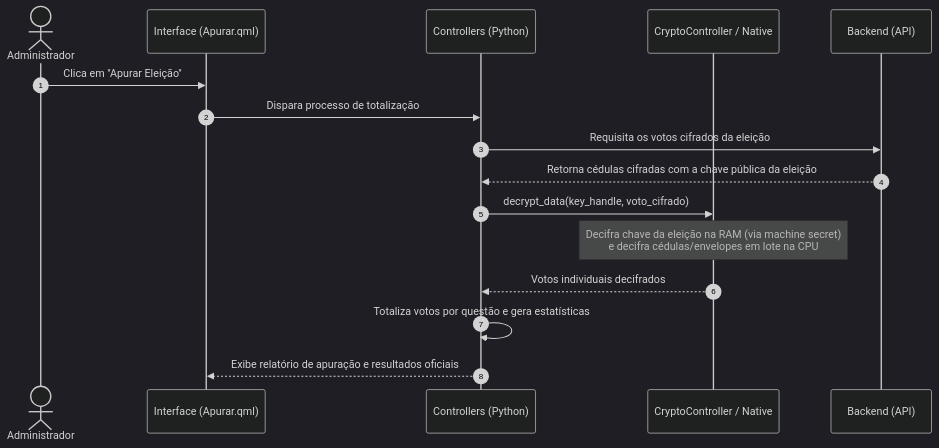
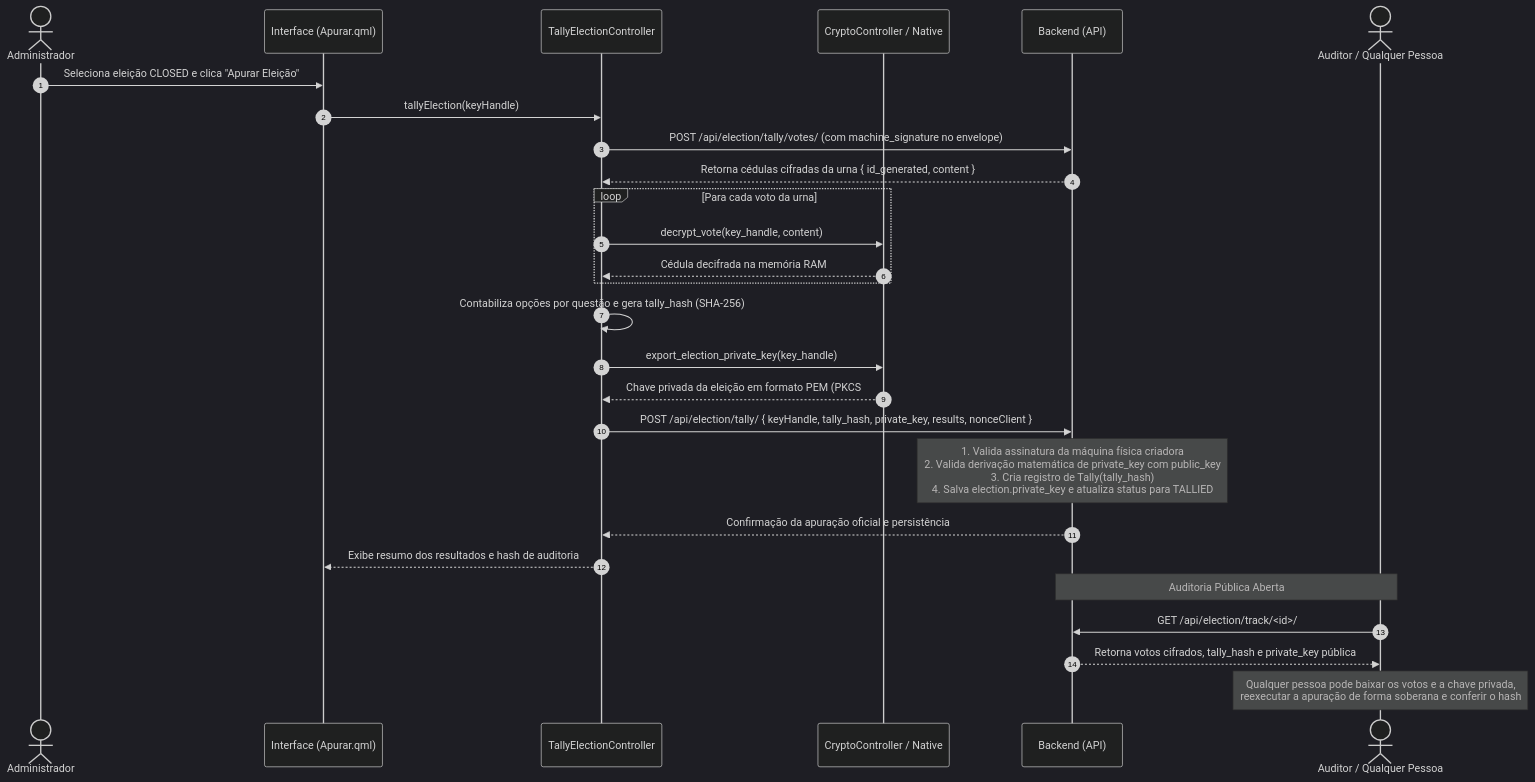
Before and after one commit to laribrito/votaai-desktop: the eighth of 9 diagrams in README.md, drawn with Mermaid (dark theme). The commit also changed other lines of this file and 11 other files, not shown here.

Commit message:
feat(election): implement sovereign tallying, private key export, and UI in Apurar

````diff
--- a/README.md
+++ b/README.md
@@ -360,19 +360,34 @@
 ```mermaid
 sequenceDiagram
     autonumber
     actor Admin as Administrador
     participant UI as Interface (Apurar.qml)
-    participant Ctrl as Controllers (Python)
+    participant Ctrl as TallyElectionController
     participant Crypto as CryptoController / Native
     participant API as Backend (API)
+    actor Publico as Auditor / Qualquer Pessoa
 
-    Admin->>UI: Clica em "Apurar Eleição"
-    UI->>Ctrl: Dispara processo de totalização
-    Ctrl->>API: Requisita os votos cifrados da eleição
-    API-->>Ctrl: Retorna cédulas cifradas com a chave pública da eleição
-    Ctrl->>Crypto: decrypt_data(key_handle, voto_cifrado)
-    Note over Crypto: Decifra chave da eleição na RAM (via machine secret)<br/>e decifra cédulas/envelopes em lote na CPU
-    Crypto-->>Ctrl: Votos individuais decifrados
-    Ctrl->>Ctrl: Totaliza votos por questão e gera estatísticas
-    Ctrl-->>UI: Exibe relatório de apuração e resultados oficiais
+    Admin->>UI: Seleciona eleição CLOSED e clica "Apurar Eleição"
+    UI->>Ctrl: tallyElection(keyHandle)
+    Ctrl->>API: POST /api/election/tally/votes/ (com machine_signature no envelope)
+    API-->>Ctrl: Retorna cédulas cifradas da urna { id_generated, content }
+    
+    loop Para cada voto da urna
+        Ctrl->>Crypto: decrypt_vote(key_handle, content)
+        Crypto-->>Ctrl: Cédula decifrada na memória RAM
+    end
+
+    Ctrl->>Ctrl: Contabiliza opções por questão e gera tally_hash (SHA-256)
+    Ctrl->>Crypto: export_election_private_key(key_handle)
+    Crypto-->>Ctrl: Chave privada da eleição em formato PEM (PKCS#8)
+
+    Ctrl->>API: POST /api/election/tally/ { keyHandle, tally_hash, private_key, results, nonceClient }
+    Note over API: 1. Valida assinatura da máquina física criadora<br/>2. Valida derivação matemática de private_key com public_key<br/>3. Cria registro de Tally(tally_hash)<br/>4. Salva election.private_key e atualiza status para TALLIED
+    API-->>Ctrl: Confirmação da apuração oficial e persistência
+    Ctrl-->>UI: Exibe resumo dos resultados e hash de auditoria
+
+    Note over Publico,API: Auditoria Pública Aberta
+    Publico->>API: GET /api/election/track/<id>/
+    API-->>Publico: Retorna votos cifrados, tally_hash e private_key pública
+    Note over Publico: Qualquer pessoa pode baixar os votos e a chave privada,<br/>reexecutar a apuração de forma soberana e conferir o hash
 ```
````
